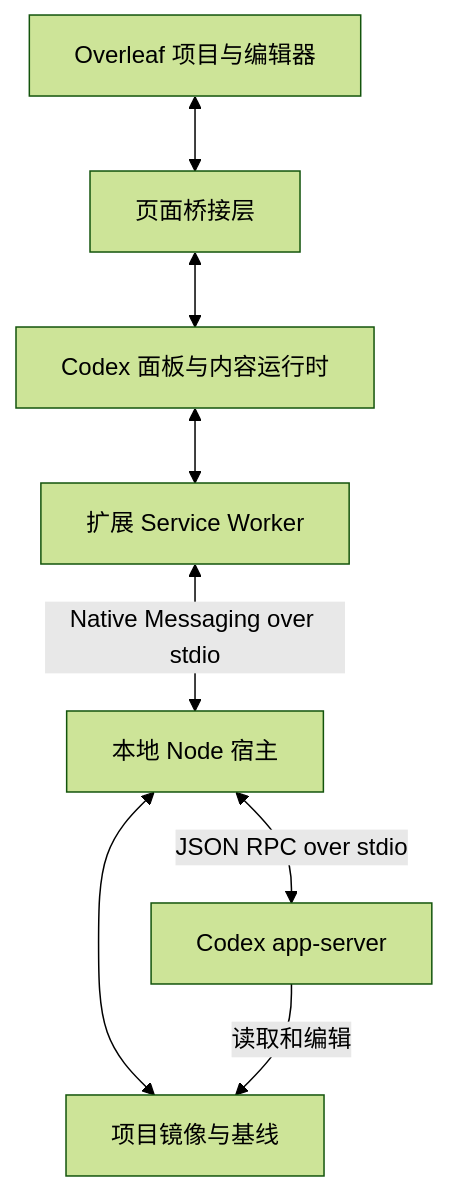
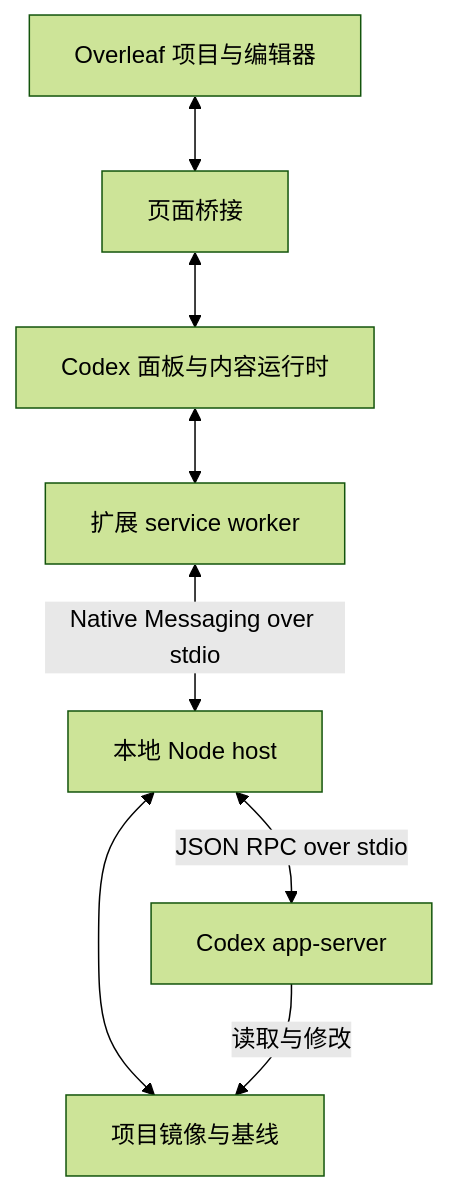
The diagram in README.zh-CN.md (Ghqqqq/codex-overleaf-link), drawn with Mermaid (forest theme) before and after one commit. The commit also changed other lines of this file and 69 other files, not shown here.

````diff
--- a/README.zh-CN.md
+++ b/README.zh-CN.md
@@ -327,10 +276,10 @@
 ```mermaid
 flowchart TD
-    O[Overleaf 项目与编辑器] <--> P[页面桥接层]
+    O[Overleaf 项目与编辑器] <--> P[页面桥接]
     P <--> C[Codex 面板与内容运行时]
-    C <--> B[扩展 Service Worker]
-    B <-->|Native Messaging over stdio| N[本地 Node 宿主]
+    C <--> B[扩展 service worker]
+    B <-->|Native Messaging over stdio| N[本地 Node host]
     N <--> M[项目镜像与基线]
     N <-->|JSON RPC over stdio| A[Codex app-server]
-    A -->|读取和编辑| M
+    A -->|读取与修改| M
 ```
````
